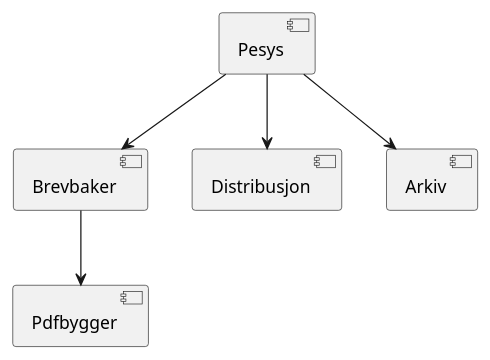
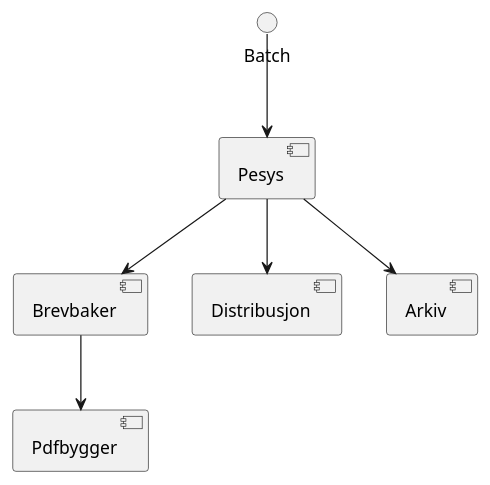
Before and after one commit to navikt/pensjonsbrev: the first of 2 diagrams in docs/arkitektur.adoc, drawn with PlantUML. The commit also changed other lines of this file, not shown here.

```diff
--- a/docs/arkitektur.adoc
+++ b/docs/arkitektur.adoc
@@ -49,7 +49,8 @@
 [plantuml, target=img/dagens-arkitektur, format=svg]
 ....
+Batch --> [Pesys]
 [Pesys] --> [Brevbaker]
 [Pesys] --> [Distribusjon]
 [Pesys] --> [Arkiv]
 [Brevbaker] --> [Pdfbygger]
 ....
```
